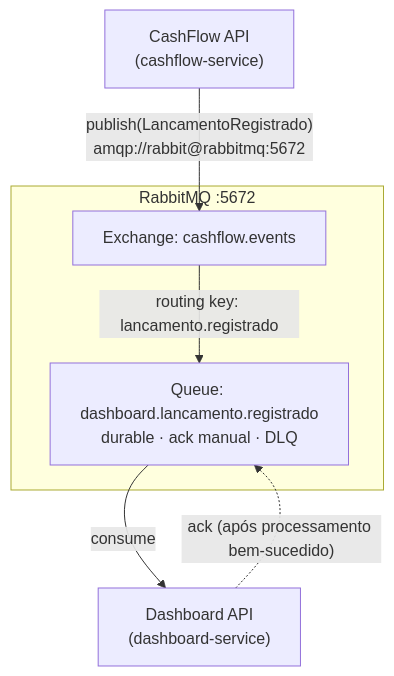
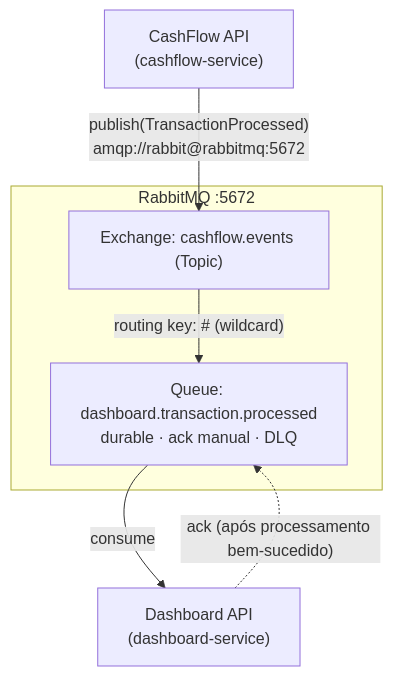
One commit to filipececcon/arch-challenge changed the second of 4 diagrams in docs/security/service-to-service.md. Above: the diagram before and after it, drawn with Mermaid. The commit also changed other lines of this file and 39 other files, not shown here.

````diff
--- a/docs/security/service-to-service.md
+++ b/docs/security/service-to-service.md
@@ -89,16 +89,16 @@
 ```mermaid
 graph TD
     CF["CashFlow API<br/>(cashflow-service)"]
 
     subgraph MQ["RabbitMQ :5672"]
-        EX["Exchange: cashflow.events"]
-        Q["Queue: dashboard.lancamento.registrado<br/>durable · ack manual · DLQ"]
+        EX["Exchange: cashflow.events (Topic)"]
+        Q["Queue: dashboard.transaction.processed<br/>durable · ack manual · DLQ"]
     end
 
     DA["Dashboard API<br/>(dashboard-service)"]
 
-    CF -->|"publish(LancamentoRegistrado)<br/>amqp://rabbit@rabbitmq:5672"| EX
-    EX -->|"routing key: lancamento.registrado"| Q
+    CF -->|"publish(TransactionProcessed)<br/>amqp://rabbit@rabbitmq:5672"| EX
+    EX -->|"routing key: # (wildcard)"| Q
     Q -->|"consume"| DA
     DA -.->|"ack (após processamento bem-sucedido)"| Q
 ```
````
